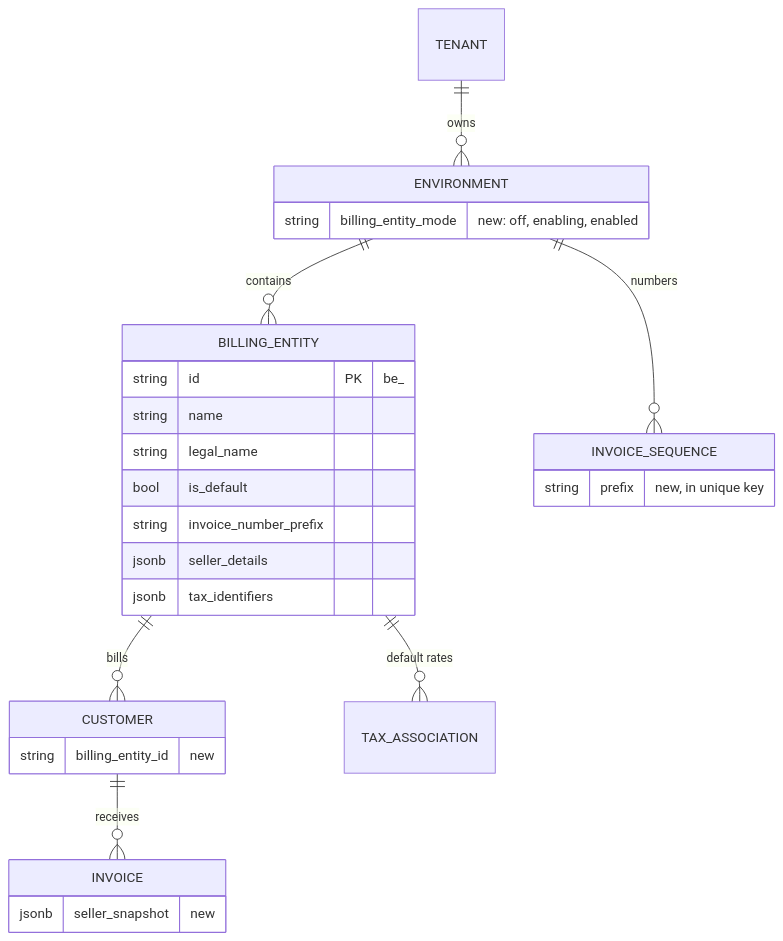
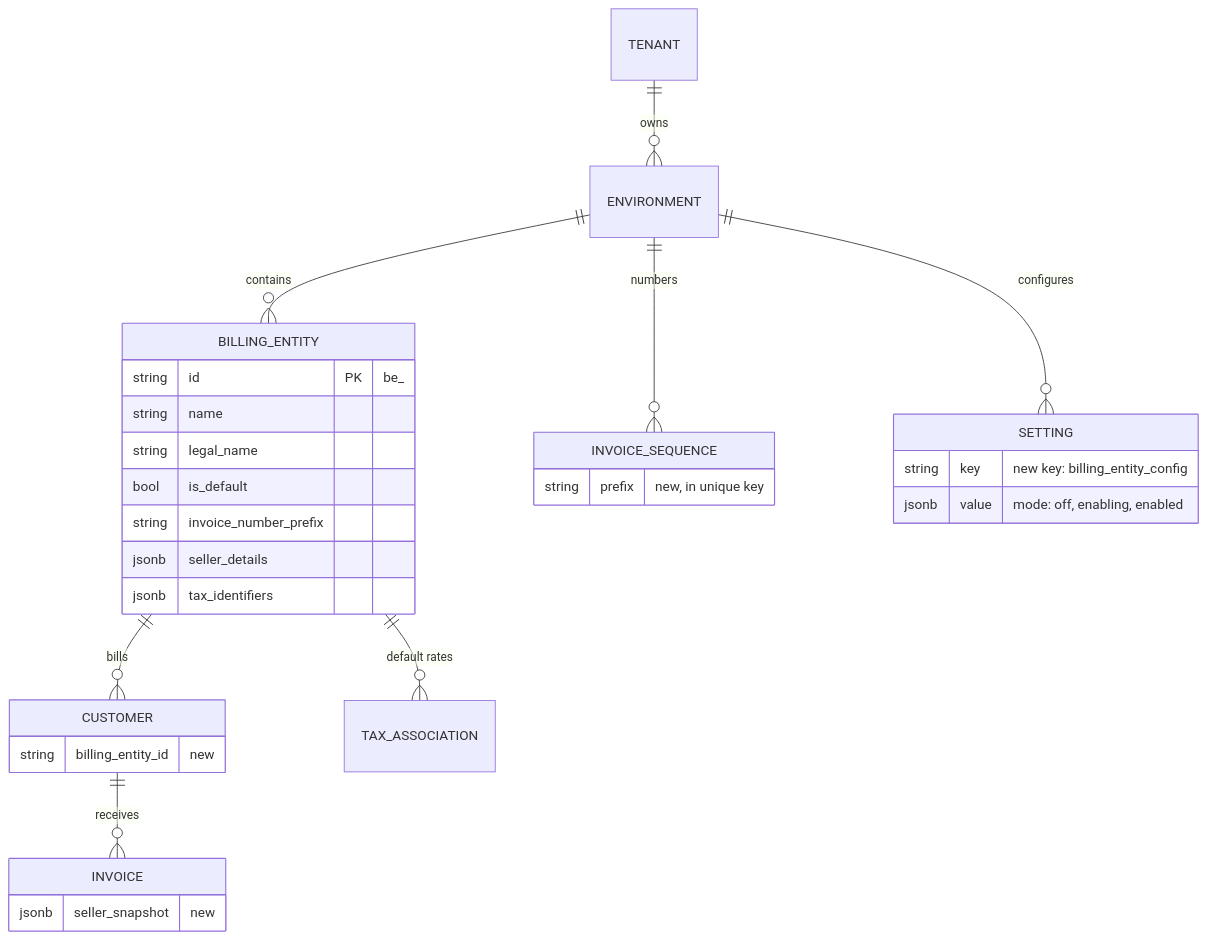
The second of 6 diagrams in docs/design/2026-10-27-billing-entities-p1-erd.md (flexprice/flexprice), drawn with Mermaid before and after one commit. The commit also changed other lines of this file and 32 other files, not shown here.

First line of the commit message:
refactor(billing-entities): store the billing entity mode as an environment setting

````diff
--- a/docs/design/2026-10-27-billing-entities-p1-erd.md
+++ b/docs/design/2026-10-27-billing-entities-p1-erd.md
@@ -226,30 +226,32 @@
 ```mermaid
 erDiagram
   TENANT ||--o{ ENVIRONMENT : owns
   ENVIRONMENT ||--o{ BILLING_ENTITY : contains
   BILLING_ENTITY ||--o{ CUSTOMER : bills
   BILLING_ENTITY ||--o{ TAX_ASSOCIATION : "default rates"
   CUSTOMER ||--o{ INVOICE : receives
   ENVIRONMENT ||--o{ INVOICE_SEQUENCE : numbers
-  ENVIRONMENT {
-    string billing_entity_mode "new: off, enabling, enabled"
+  ENVIRONMENT ||--o{ SETTING : configures
+  SETTING {
+    string key "new key: billing_entity_config"
+    jsonb value "mode: off, enabling, enabled"
   }
   BILLING_ENTITY {
     string id PK "be_"
     string name
     string legal_name
     bool is_default
     string invoice_number_prefix
     jsonb seller_details
     jsonb tax_identifiers
   }
   CUSTOMER {
     string billing_entity_id "new"
   }
   INVOICE {
     jsonb seller_snapshot "new"
   }
   INVOICE_SEQUENCE {
     string prefix "new, in unique key"
   }
 ```
````
